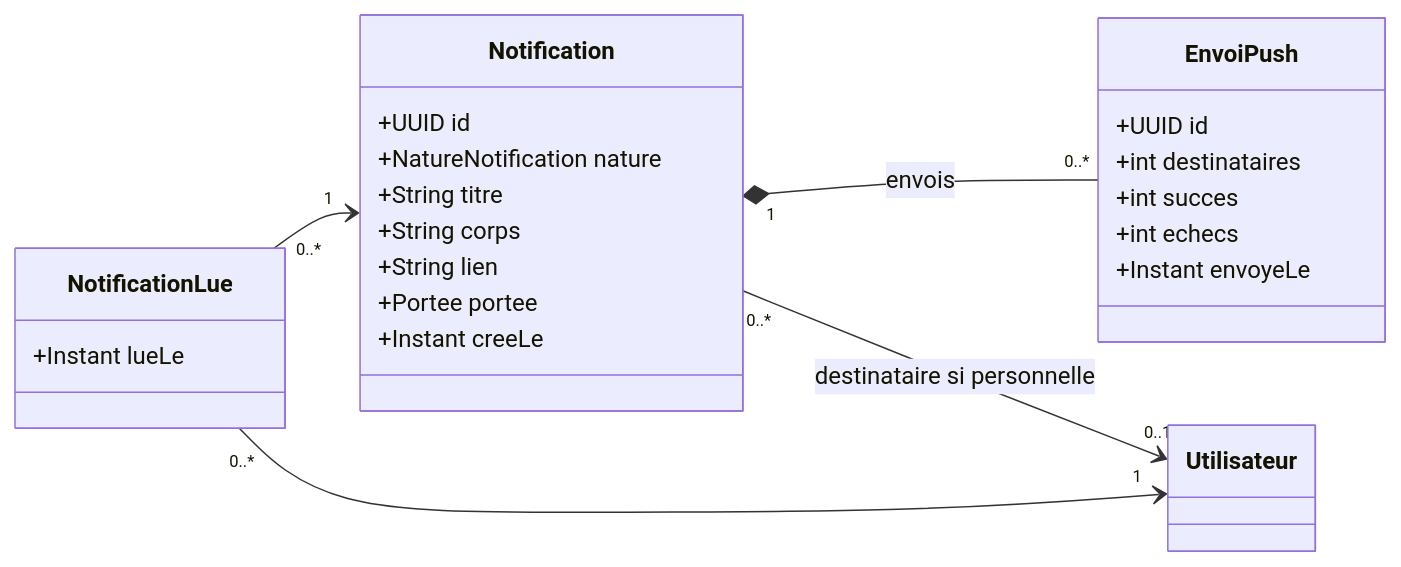
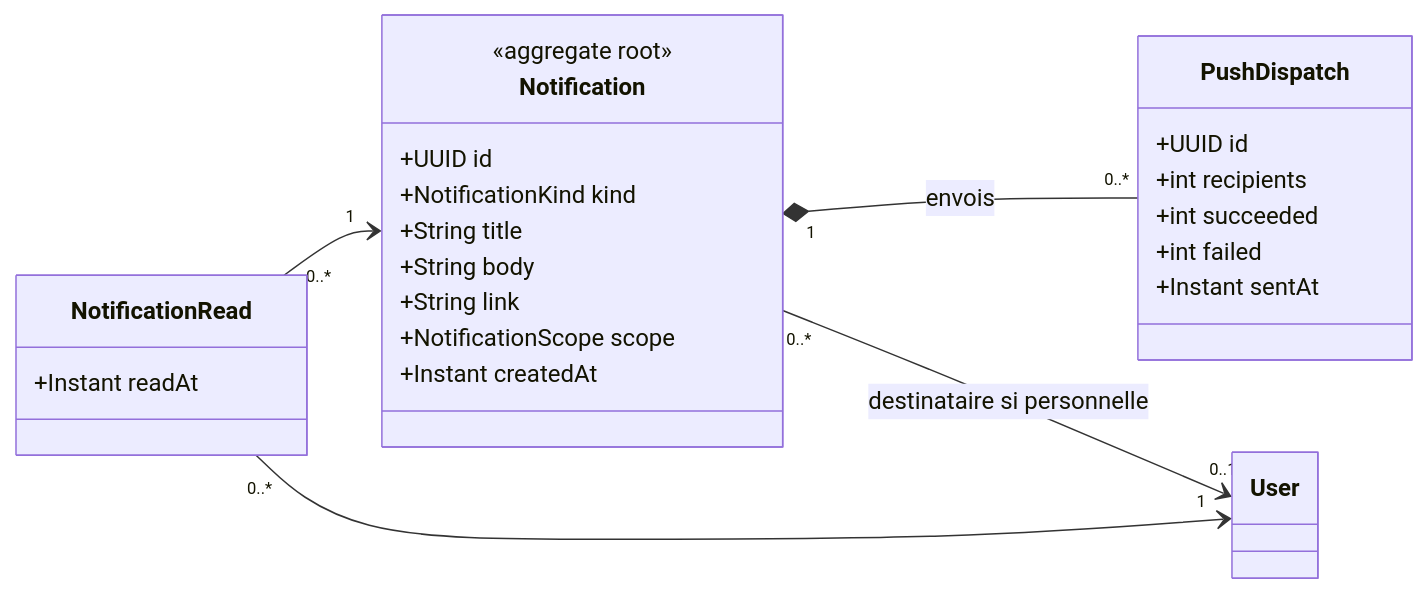
The fourth of 5 diagrams in docs/modelisation/05-modele-domaine.md (nema-studio/sunudroit-app), drawn with Mermaid before and after one commit. The commit also changed other lines of this file and 16 other files, not shown here.

````diff
--- a/docs/modelisation/05-modele-domaine.md
+++ b/docs/modelisation/05-modele-domaine.md
@@ -382,31 +443,32 @@
 ```mermaid
 classDiagram
     direction LR
 
     class Notification {
+        <<aggregate root>>
         +UUID id
-        +NatureNotification nature
-        +String titre
-        +String corps
-        +String lien
-        +Portee portee
-        +Instant creeLe
+        +NotificationKind kind
+        +String title
+        +String body
+        +String link
+        +NotificationScope scope
+        +Instant createdAt
     }
 
-    class NotificationLue {
-        +Instant lueLe
+    class NotificationRead {
+        +Instant readAt
     }
 
-    class EnvoiPush {
+    class PushDispatch {
         +UUID id
-        +int destinataires
-        +int succes
-        +int echecs
-        +Instant envoyeLe
+        +int recipients
+        +int succeeded
+        +int failed
+        +Instant sentAt
     }
 
-    Notification "1" *-- "0..*" EnvoiPush : envois
-    Notification "0..*" --> "0..1" Utilisateur : destinataire si personnelle
-    NotificationLue "0..*" --> "1" Notification
-    NotificationLue "0..*" --> "1" Utilisateur
+    Notification "1" *-- "0..*" PushDispatch : envois
+    Notification "0..*" --> "0..1" User : destinataire si personnelle
+    NotificationRead "0..*" --> "1" Notification
+    NotificationRead "0..*" --> "1" User
 ```
````
